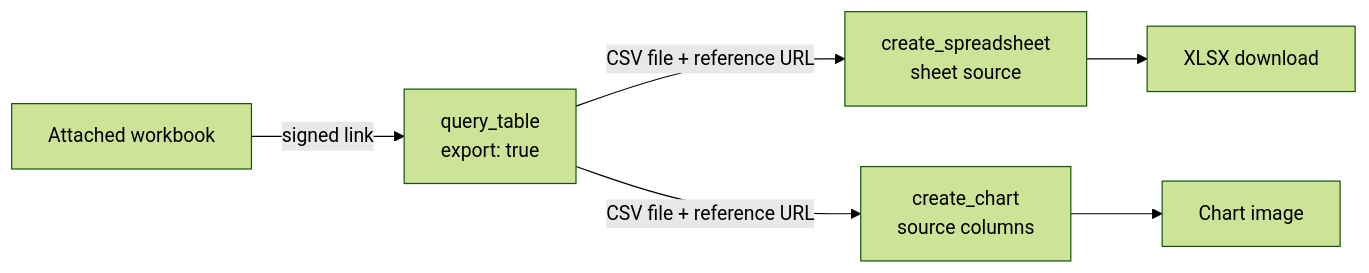
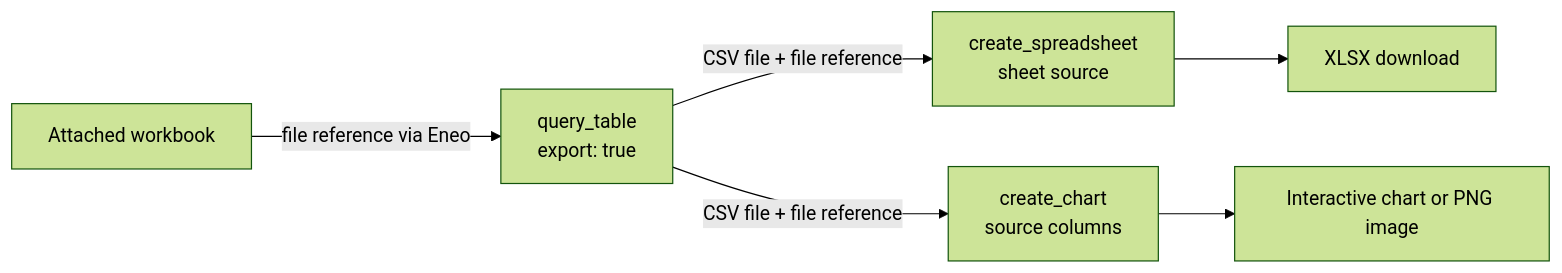
One commit to eneo-ai/eneo changed the third of 3 diagrams in frontend/apps/docs-site/src/content/guides/capabilities.mdx. Above: the diagram before and after it, drawn with Mermaid (forest theme). The commit also changed other lines of this file and 127 other files, not shown here.

````diff
--- a/frontend/apps/docs-site/src/content/guides/capabilities.mdx
+++ b/frontend/apps/docs-site/src/content/guides/capabilities.mdx
@@ -467,8 +747,8 @@
 ```mermaid
 flowchart LR
-  A[Attached workbook] -->|signed link| Q[query_table<br/>export: true]
-  Q -->|CSV file + reference URL| S[create_spreadsheet<br/>sheet source]
-  Q -->|CSV file + reference URL| C[create_chart<br/>source columns]
+  A[Attached workbook] -->|file reference via Eneo| Q[query_table<br/>export: true]
+  Q -->|CSV file + file reference| S[create_spreadsheet<br/>sheet source]
+  Q -->|CSV file + file reference| C[create_chart<br/>source columns]
   S --> D1[XLSX download]
-  C --> D2[Chart image]
+  C --> D2[Interactive chart or PNG image]
 ```
````
